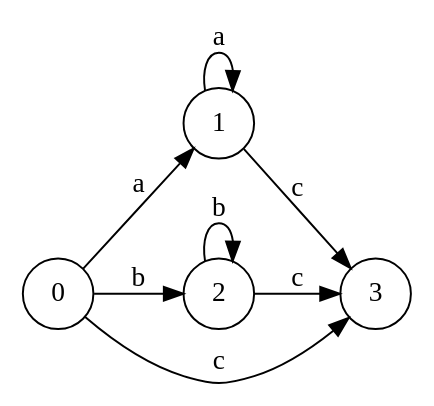
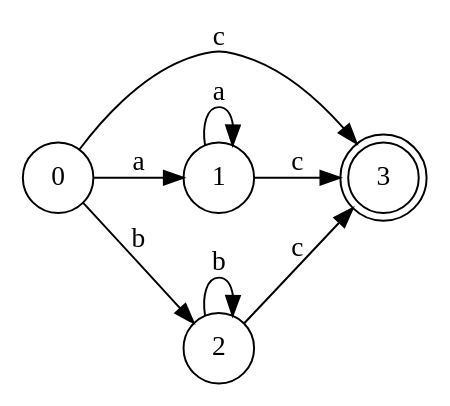
The diagram in fsam.gv (gusta257/Compis1), drawn with Graphviz before and after one commit. The commit also changed 8 other files, not shown here.

```diff
--- a/fsam.gv
+++ b/fsam.gv
@@ -1,17 +1,19 @@
 digraph finite_state_machine {
 	rankdir=LR size="8,5"
+	node [shape=doublecircle]
+	3
 	node [shape=circle]
 	0 -> 1 [label=a]
 	node [shape=circle]
 	0 -> 2 [label=b]
 	node [shape=circle]
 	0 -> 3 [label=c]
 	node [shape=circle]
 	1 -> 1 [label=a]
 	node [shape=circle]
 	1 -> 3 [label=c]
 	node [shape=circle]
 	2 -> 2 [label=b]
 	node [shape=circle]
 	2 -> 3 [label=c]
 }
```
